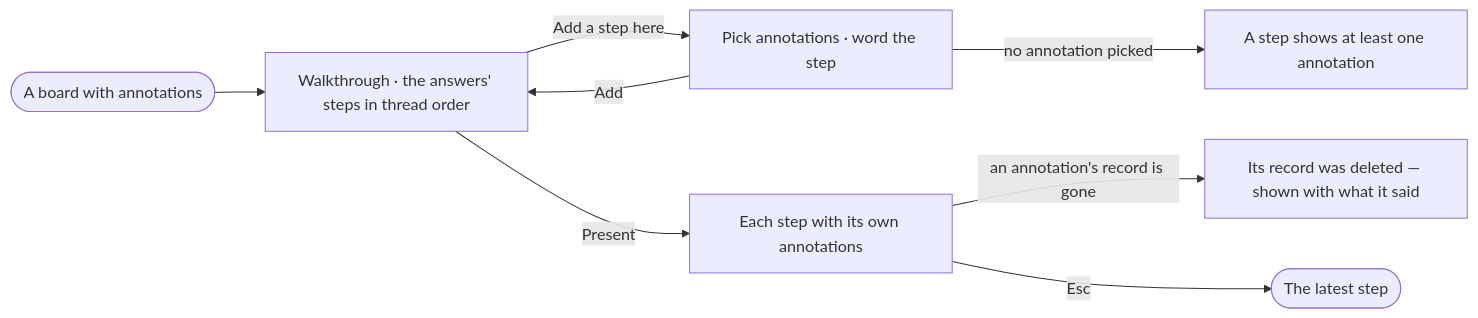
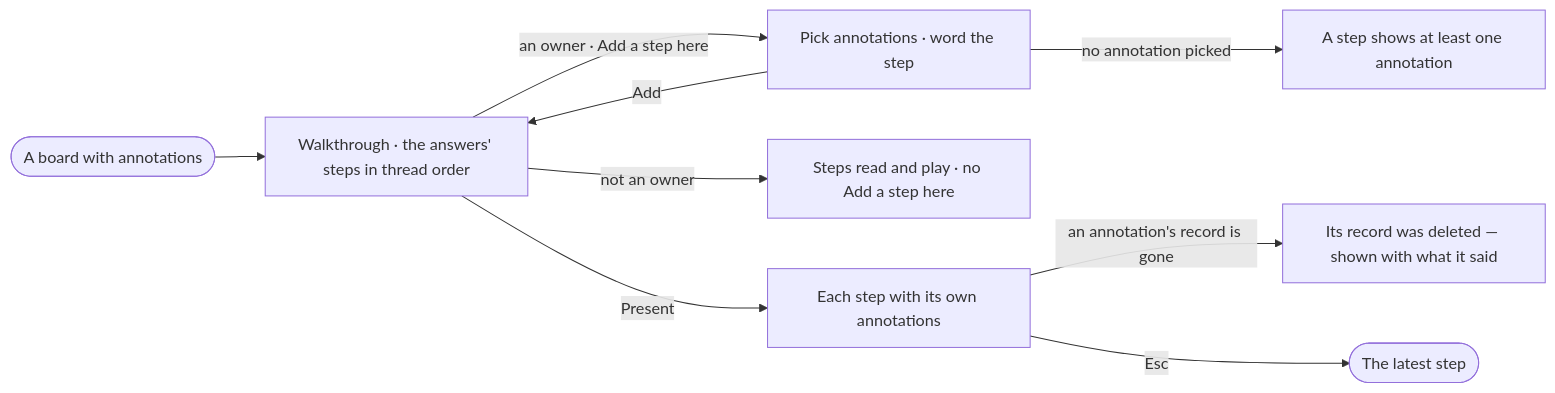
The diagram in specs/capabilities/explore/features/EX-F02-share-and-present-an-answer/stories/EX-22-tell-a-story-in-steps/story.md (invana/invana), drawn with Mermaid before and after one commit. The commit also changed other lines of this file and 522 other files, not shown here.

````diff
--- a/specs/capabilities/explore/features/EX-F02-share-and-present-an-answer/stories/EX-22-tell-a-story-in-steps/story.md
+++ b/specs/capabilities/explore/features/EX-F02-share-and-present-an-answer/stories/EX-22-tell-a-story-in-steps/story.md
@@ -26,10 +26,11 @@
 ```mermaid
 flowchart LR
   a([A board with annotations]) --> w["Walkthrough · the answers' steps in thread order"]
-  w -->|Add a step here| s["Pick annotations · word the step"]
+  w -->|an owner · Add a step here| s["Pick annotations · word the step"]
+  w -->|not an owner| ro["Steps read and play · no Add a step here"]
   s -->|no annotation picked| x["A step shows at least one annotation"]
   s -->|Add| w
   w -->|Present| p["Each step with its own annotations"]
   p -->|an annotation's record is gone| g["Its record was deleted — shown with what it said"]
   p -->|Esc| e(["The latest step"])
 ```
````
